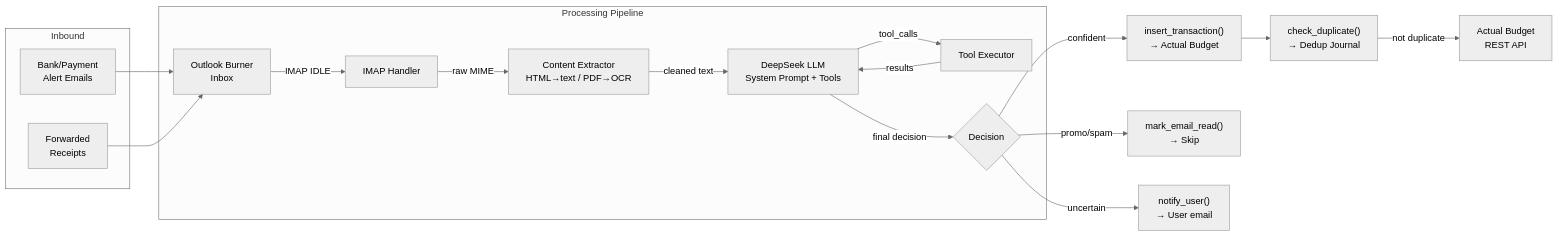
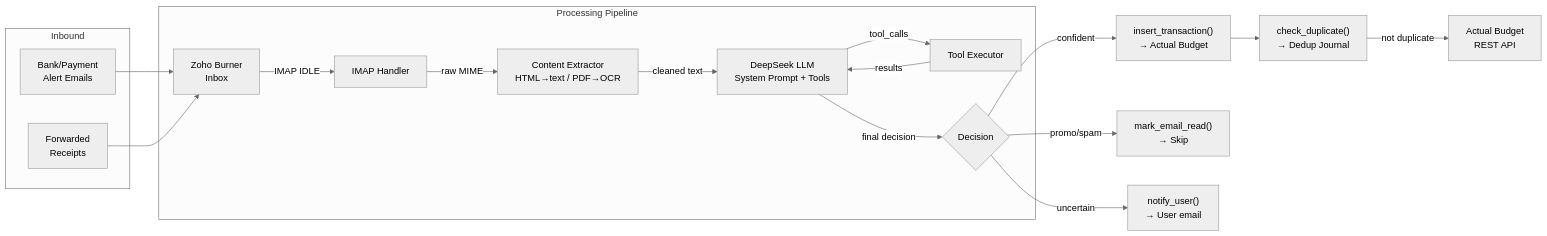
One commit to darrencjh8/darren-openclaw changed the second of 9 diagrams in design.md. Above: the diagram before and after it, drawn with Mermaid (neutral theme). The commit also changed other lines of this file and 7 other files, not shown here.

First line of the commit message:
fix: align architecture docs with Docker Compose + Zoho deployment

````diff
--- a/design.md
+++ b/design.md
@@ -129,26 +129,26 @@
 ```mermaid
 graph LR
     subgraph Inbound["Inbound"]
         E["Bank/Payment<br/>Alert Emails"]
         F["Forwarded<br/>Receipts"]
     end
 
-    E --> Outlook
-    F --> Outlook
+    E --> Zoho
+    F --> Zoho
 
     subgraph Processing["Processing Pipeline"]
-        Outlook["Outlook Burner<br/>Inbox"] -->|"IMAP IDLE"| Handler["IMAP Handler"]
+        Zoho["Zoho Burner<br/>Inbox"] -->|"IMAP IDLE"| Handler["IMAP Handler"]
         Handler -->|"raw MIME"| Extract["Content Extractor<br/>HTML→text / PDF→OCR"]
         Extract -->|"cleaned text"| LLM["DeepSeek LLM<br/>System Prompt + Tools"]
         LLM -->|"tool_calls"| Executor["Tool Executor"]
         Executor -->|"results"| LLM
         LLM -->|"final decision"| Decision{Decision}
     end
 
     Decision -->|"confident"| Insert["insert_transaction()<br/>→ Actual Budget"]
     Decision -->|"promo/spam"| Skip["mark_email_read()<br/>→ Skip"]
     Decision -->|"uncertain"| Notify["notify_user()<br/>→ User email"]
 
     Insert --> Dedup["check_duplicate()<br/>→ Dedup Journal"]
     Dedup -->|"not duplicate"| AB_API["Actual Budget<br/>REST API"]
 ```
````
